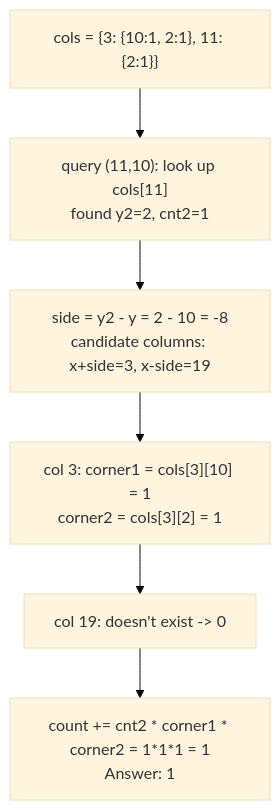
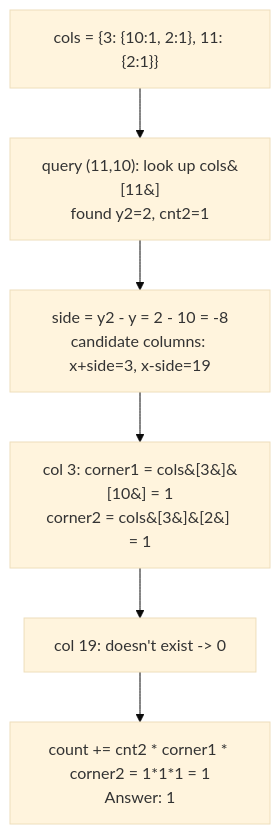
Before and after one commit to Aryan-Jadon18/dsa-placement-prep: the diagram in topics/17-math-geometry/08-detect-squares/README.md, drawn with Mermaid (base theme). The commit also changed 52 other files, not shown here.

First line of the commit message:
Fix Mermaid diagrams not rendering on GitHub

````diff
--- a/topics/17-math-geometry/08-detect-squares/README.md
+++ b/topics/17-math-geometry/08-detect-squares/README.md
@@ -54,8 +54,8 @@
 ```mermaid
 flowchart TD
-    A["cols = {3: {10:1, 2:1}, 11: {2:1}}"] --> B["query (11,10): look up cols[11]<br/>found y2=2, cnt2=1"]
+    A["cols = {3: {10:1, 2:1}, 11: {2:1}}"] --> B["query (11,10): look up cols&#91;11&#93;<br/>found y2=2, cnt2=1"]
     B --> C["side = y2 - y = 2 - 10 = -8<br/>candidate columns: x+side=3, x-side=19"]
-    C --> D["col 3: corner1 = cols[3][10] = 1<br/>corner2 = cols[3][2] = 1"]
+    C --> D["col 3: corner1 = cols&#91;3&#93;&#91;10&#93; = 1<br/>corner2 = cols&#91;3&#93;&#91;2&#93; = 1"]
     D --> E["col 19: doesn't exist -> 0"]
     E --> F["count += cnt2 * corner1 * corner2 = 1*1*1 = 1<br/>Answer: 1"]
 ```
````
